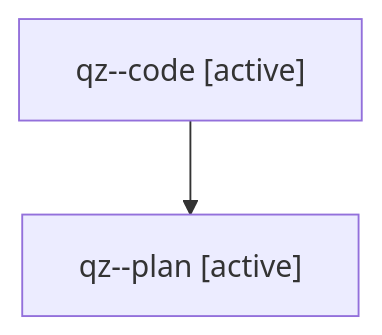
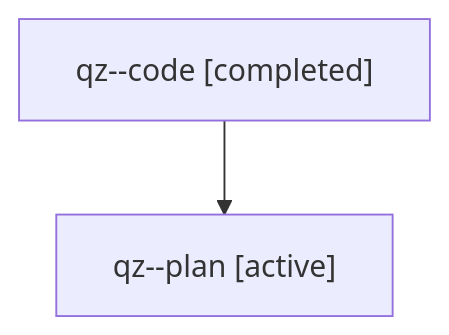
Before and after one commit to bobs-org/bob-cli--agents: the diagram in families/bbugyi200.athena.qz.md, drawn with Mermaid. The commit also changed other lines of this file and 803 other files, not shown here.

````diff
--- a/families/bbugyi200.athena.qz.md
+++ b/families/bbugyi200.athena.qz.md
@@ -9,6 +9,6 @@
 ```mermaid
 flowchart TD
-  n0["qz--code [active]"]
+  n0["qz--code [completed]"]
   n1["qz--plan [active]"]
   n0 --> n1
 ```
````
